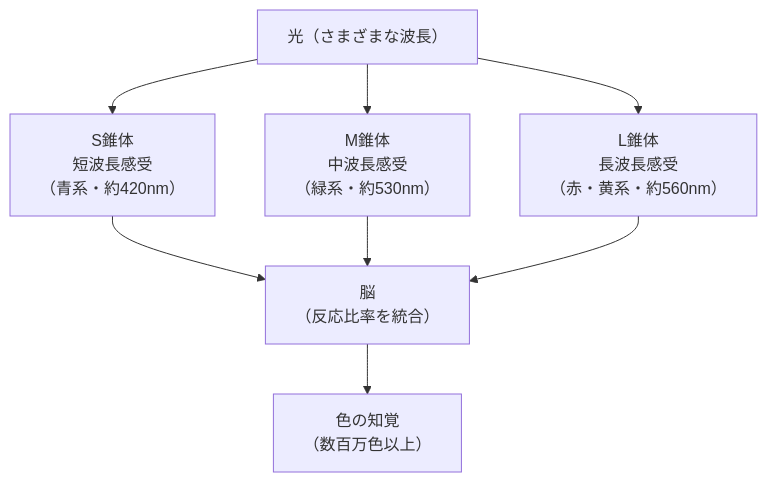
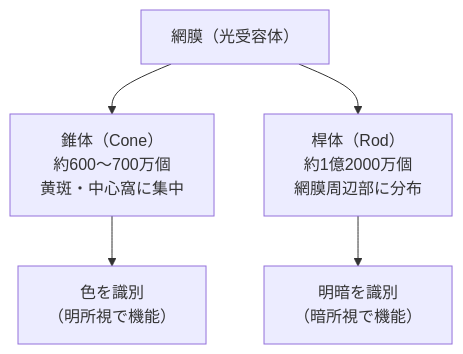
The first of 2 diagrams in docs/lessons/lesson07/index.md (ozaki25/color-coordination-training-ozaki25), drawn with Mermaid before and after one commit. The commit also changed other lines of this file and 39 other files, not shown here.

````diff
--- a/docs/lessons/lesson07/index.md
+++ b/docs/lessons/lesson07/index.md
@@ -49,10 +79,8 @@
 ```mermaid
 graph TD
-    光["光（さまざまな波長）"] --> S["S錐体\n短波長感受\n（青系・約420nm）"]
-    光 --> M["M錐体\n中波長感受\n（緑系・約530nm）"]
-    光 --> L["L錐体\n長波長感受\n（赤・黄系・約560nm）"]
-    S --> 脳["脳\n（反応比率を統合）"]
-    M --> 脳
-    L --> 脳
-    脳 --> 色知覚["色の知覚\n（数百万色以上）"]
+    網膜["網膜（光受容体）"]
+    網膜 --> 錐体["錐体（Cone）\n約600〜700万個\n黄斑・中心窩に集中"]
+    網膜 --> 桿体["桿体（Rod）\n約1億2000万個\n網膜周辺部に分布"]
+    錐体 --> 色覚["色を識別\n（明所視で機能）"]
+    桿体 --> 明暗["明暗を識別\n（暗所視で機能）"]
 ```
````
